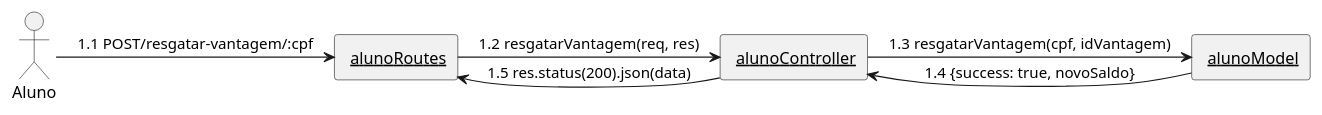
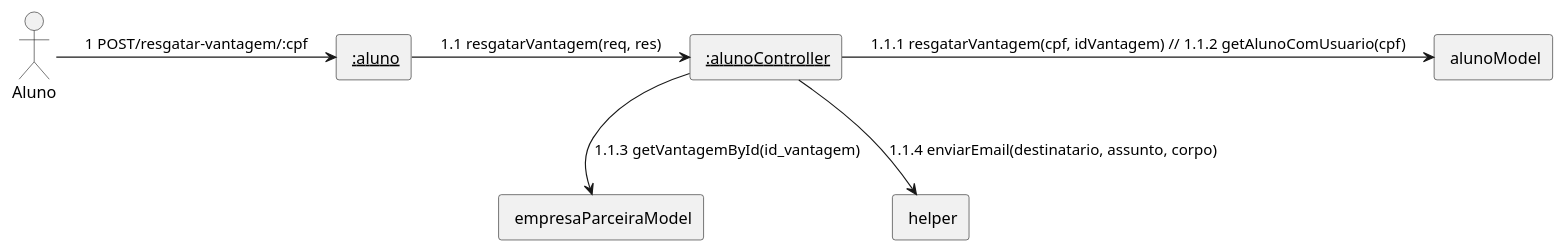
The diagram in laboratorio3/projeto/DiagramaDeComunicacao/trocaVantagensAluno/trocaVantagensAluno.wsd (mmhqs/lab-desenvolvimento-software), drawn with PlantUML before and after one commit. The commit also changed 13 other files, not shown here.

Commit message:
diagramas arrumados

```diff
--- a/laboratorio3/projeto/DiagramaDeComunicacao/trocaVantagensAluno/trocaVantagensAluno.wsd
+++ b/laboratorio3/projeto/DiagramaDeComunicacao/trocaVantagensAluno/trocaVantagensAluno.wsd
@@ -1,13 +1,15 @@
 @startuml
 skinparam linestyle ortho
 actor "Aluno" as aluno
-rectangle "<u> alunoRoutes" as routes
-rectangle "<u> alunoController" as controller
-rectangle "<u> alunoModel" as model
+rectangle "<u> :aluno" as routes
+rectangle "<u> :alunoController" as controller
+rectangle " alunoModel" as model
+rectangle " empresaParceiraModel" as parceiramodel
+rectangle " helper" as helper
 
-aluno -right-> routes: 1.1 POST/resgatar-vantagem/:cpf 
-routes -right-> controller: 1.2 resgatarVantagem(req, res) 
-controller -right-> model: 1.3 resgatarVantagem(cpf, idVantagem) 
-model -left-> controller: 1.4 {success: true, novoSaldo}
-controller -left-> routes:  1.5 res.status(200).json(data)
+aluno -right-> routes: 1 POST/resgatar-vantagem/:cpf 
+routes -right-> controller: 1.1 resgatarVantagem(req, res) 
+controller -right-> model: 1.1.1 resgatarVantagem(cpf, idVantagem) // 1.1.2 getAlunoComUsuario(cpf) 
+controller --> parceiramodel: 1.1.3 getVantagemById(id_vantagem)
+controller --> helper: 1.1.4 enviarEmail(destinatario, assunto, corpo)
 @enduml
```
